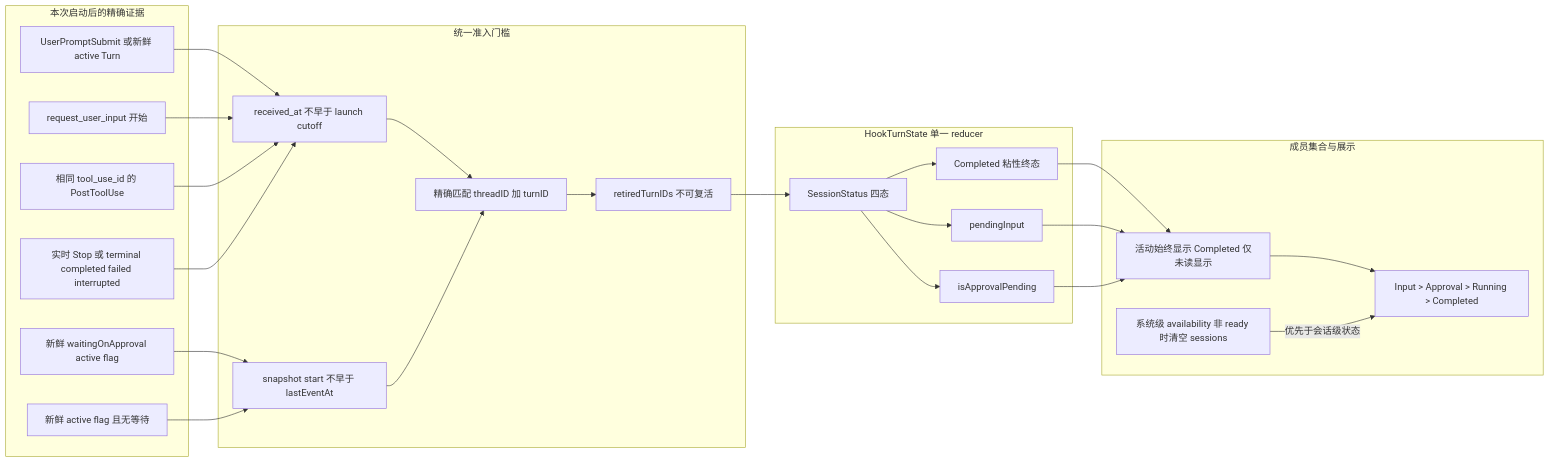
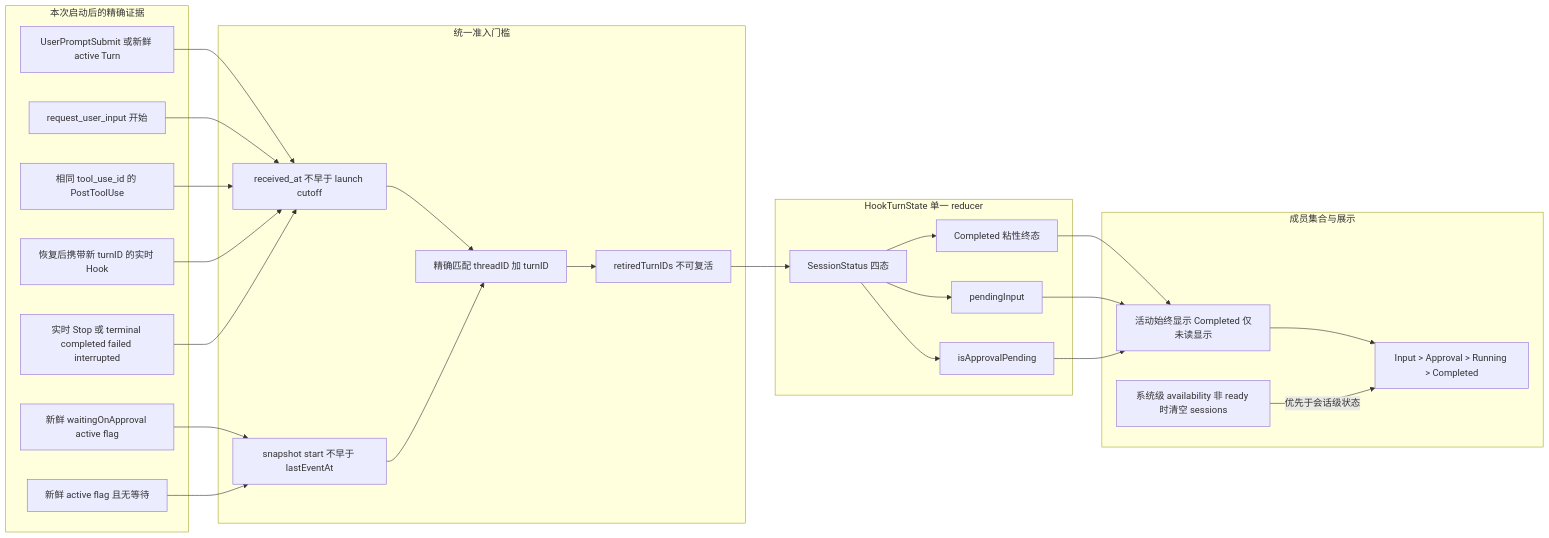
One commit to soondubu137/notchline changed the fourth of 6 diagrams in docs/system-architecture.md. Above: the diagram before and after it, drawn with Mermaid. The commit also changed other lines of this file and 9 other files, not shown here.

````diff
--- a/docs/system-architecture.md
+++ b/docs/system-architecture.md
@@ -215,50 +228,52 @@
 ```mermaid
 flowchart LR
     subgraph evidence ["本次启动后的精确证据"]
         userPrompt["UserPromptSubmit 或新鲜 active Turn"]
         inputOpen["request_user_input 开始"]
         inputClose["相同 tool_use_id 的 PostToolUse"]
+        continuation["恢复后携带新 turnID 的实时 Hook"]
         approvalOpen["新鲜 waitingOnApproval active flag"]
         activeAgain["新鲜 active flag 且无等待"]
         completedSignal["实时 Stop 或 terminal completed failed interrupted"]
     end
 
     subgraph gates ["统一准入门槛"]
         liveCutoff["received_at 不早于 launch cutoff"]
         exactIdentity["精确匹配 threadID 加 turnID"]
         freshness["snapshot start 不早于 lastEventAt"]
         generation["retiredTurnIDs 不可复活"]
     end
 
     subgraph reducer ["HookTurnState 单一 reducer"]
         sessionStatus["SessionStatus 四态"]
         pendingInput["pendingInput"]
         pendingApproval["isApprovalPending"]
         completedSticky["Completed 粘性终态"]
     end
 
     subgraph membership ["成员集合与展示"]
         memberGate["活动始终显示 Completed 仅未读显示"]
         aggregate["Input > Approval > Running > Completed"]
         systemStatus["系统级 availability 非 ready 时清空 sessions"]
     end
 
     userPrompt --> liveCutoff
     inputOpen --> liveCutoff
     inputClose --> liveCutoff
+    continuation --> liveCutoff
     completedSignal --> liveCutoff
     approvalOpen --> freshness
     activeAgain --> freshness
     liveCutoff --> exactIdentity
     freshness --> exactIdentity
     exactIdentity --> generation
     generation --> sessionStatus
     sessionStatus --> pendingInput
     sessionStatus --> pendingApproval
     sessionStatus --> completedSticky
     completedSticky --> memberGate
     pendingInput --> memberGate
     pendingApproval --> memberGate
     memberGate --> aggregate
     systemStatus -->|"优先于会话级状态"| aggregate
 ```
````
